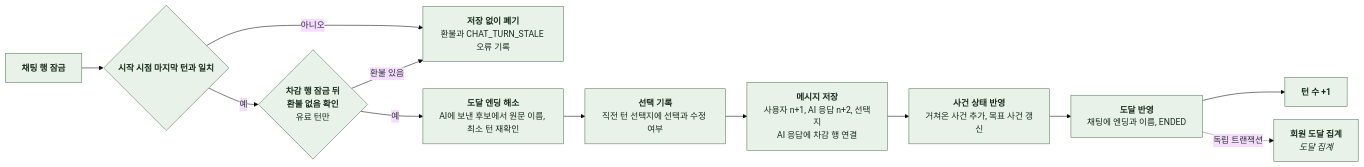
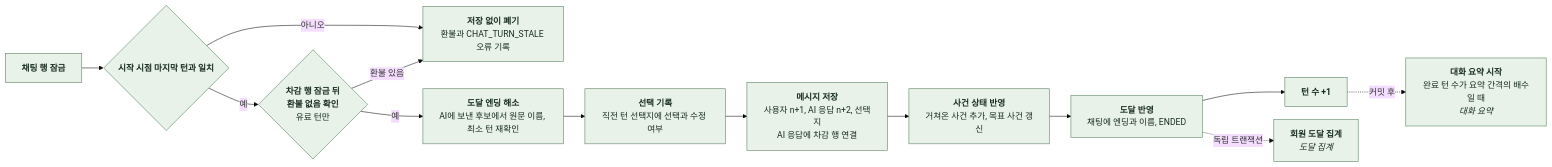
Before and after one commit to KIM-N-KANG/knk-harness: diagram 11 of 16 in docs/domain/CHAT/BACKEND/4-1-PIPELINES.md, drawn with Mermaid (base theme). The commit also changed other lines of this file and 13 other files, not shown here.

````diff
--- a/docs/domain/CHAT/BACKEND/4-1-PIPELINES.md
+++ b/docs/domain/CHAT/BACKEND/4-1-PIPELINES.md
@@ -495,27 +507,30 @@
 ```mermaid
 %%{init: {"flowchart": {"curve": "basis", "nodeSpacing": 24, "rankSpacing": 40}}}%%
 flowchart LR
     A["`**채팅 행 잠금**`"] --> V{"`**시작 시점 마지막 턴과 일치**`"}
     V -->|아니오| X["`**저장 없이 폐기**
 환불과 CHAT_TURN_STALE 오류 기록`"]
     V -->|예| P{"`**차감 행 잠금 뒤
 환불 없음 확인**
 유료 턴만`"}
     P -->|환불 있음| X
     P -->|예| B["`**도달 엔딩 해소**
 AI에 보낸 후보에서 원문 이름, 최소 턴 재확인`"]
     B --> C["`**선택 기록**
 직전 턴 선택지에 선택과 수정 여부`"]
     C --> D["`**메시지 저장**
 사용자 n+1, AI 응답 n+2, 선택지
 AI 응답에 차감 행 연결`"]
     D --> E["`**사건 상태 반영**
 거쳐온 사건 추가, 목표 사건 갱신`"]
     E --> F["`**도달 반영**
 채팅에 엔딩과 이름, ENDED`"]
     F --> G["`**턴 수 +1**`"]
     F -.->|독립 트랜잭션| H["`**회원 도달 집계**
 *도달 집계*`"]
+    G -.->|커밋 후| K["`**대화 요약 시작**
+완료 턴 수가 요약 간격의 배수일 때
+*대화 요약*`"]
     classDef comp fill:#E8F2E8,stroke:#527A59,color:#182D1D
-    class A,V,X,P,B,C,D,E,F,G,H comp
+    class A,V,X,P,B,C,D,E,F,G,H,K comp
 ```
````
